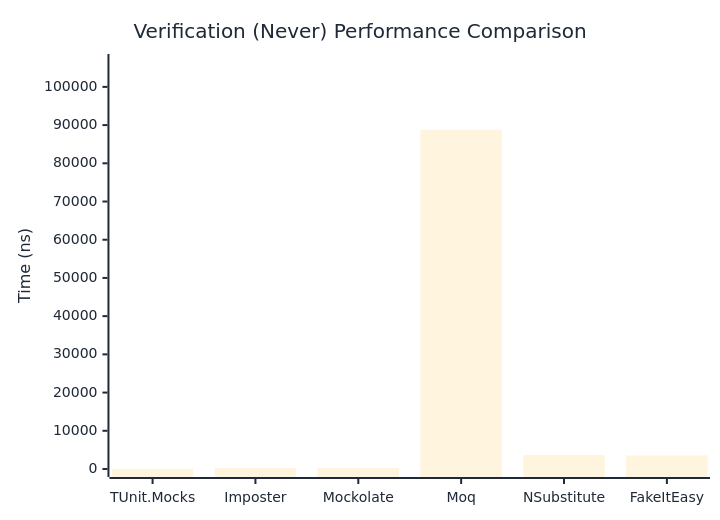
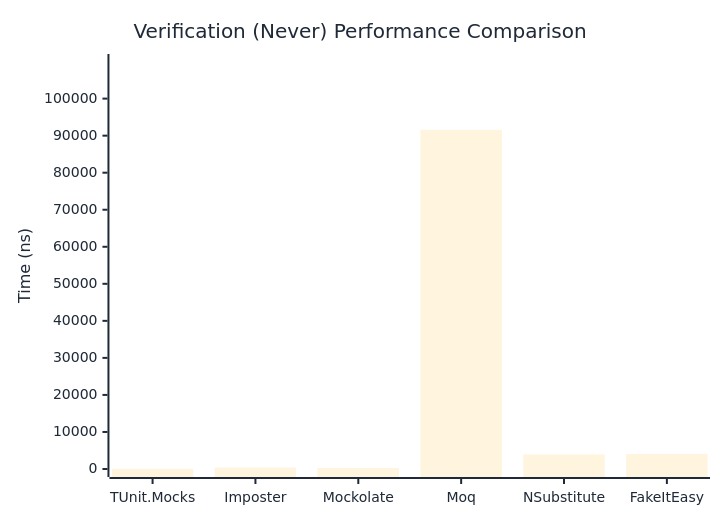
Before and after one commit to thomhurst/TUnit: the second of 3 diagrams in docs/docs/benchmarks/mocks/Verification.md, drawn with Mermaid. The commit also changed other lines of this file and 14 other files, not shown here.

````diff
--- a/docs/docs/benchmarks/mocks/Verification.md
+++ b/docs/docs/benchmarks/mocks/Verification.md
@@ -71,27 +71,27 @@
 ```mermaid
 %%{init: {
   'theme':'base',
   'themeVariables': {
     'primaryColor': '#2563eb',
     'primaryTextColor': '#1f2937',
     'primaryBorderColor': '#1e40af',
     'lineColor': '#6b7280',
     'secondaryColor': '#7c3aed',
     'tertiaryColor': '#dc2626',
     'background': '#ffffff',
     'pie1': '#2563eb',
     'pie2': '#7c3aed',
     'pie3': '#dc2626',
     'pie4': '#f59e0b',
     'pie5': '#10b981',
     'pie6': '#06b6d4',
     'pie7': '#ec4899',
     'pie8': '#6366f1'
   }
 }}%%
 xychart-beta
   title "Verification (Never) Performance Comparison"
   x-axis ["TUnit.Mocks", "Imposter", "Mockolate", "Moq", "NSubstitute", "FakeItEasy"]
-  y-axis "Time (ns)" 0 --> 106511
-  bar [51.16, 316.56, 237.24, 88758.62, 3684.98, 3553.5]
+  y-axis "Time (ns)" 0 --> 109887
+  bar [60.06, 386.74, 271.03, 91572.41, 3934.84, 4051.93]
 ```
````
